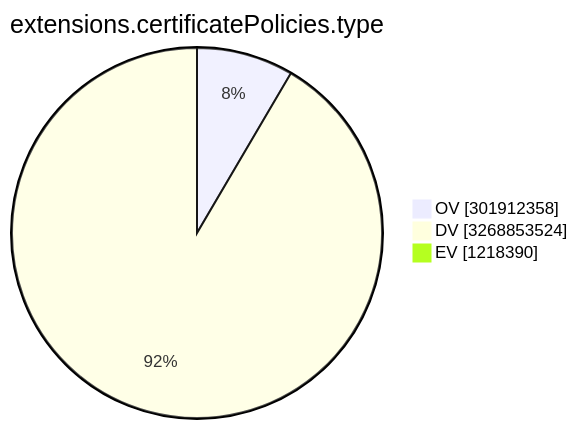
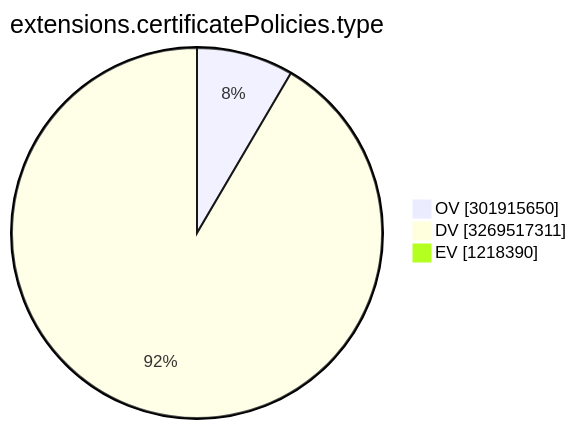
The ninth of 15 diagrams in TOTAL/README.md (christiankrug/ctmonitor_visualization), drawn with Mermaid before and after one commit. The commit also changed other lines of this file, not shown here.

````diff
--- a/TOTAL/README.md
+++ b/TOTAL/README.md
@@ -3107,7 +3107,7 @@
 ```mermaid
 pie showData
 title extensions.certificatePolicies.type
-"OV" :301912358
-"DV" :3268853524
+"OV" :301915650
+"DV" :3269517311
 "EV" :1218390
 ```
````
